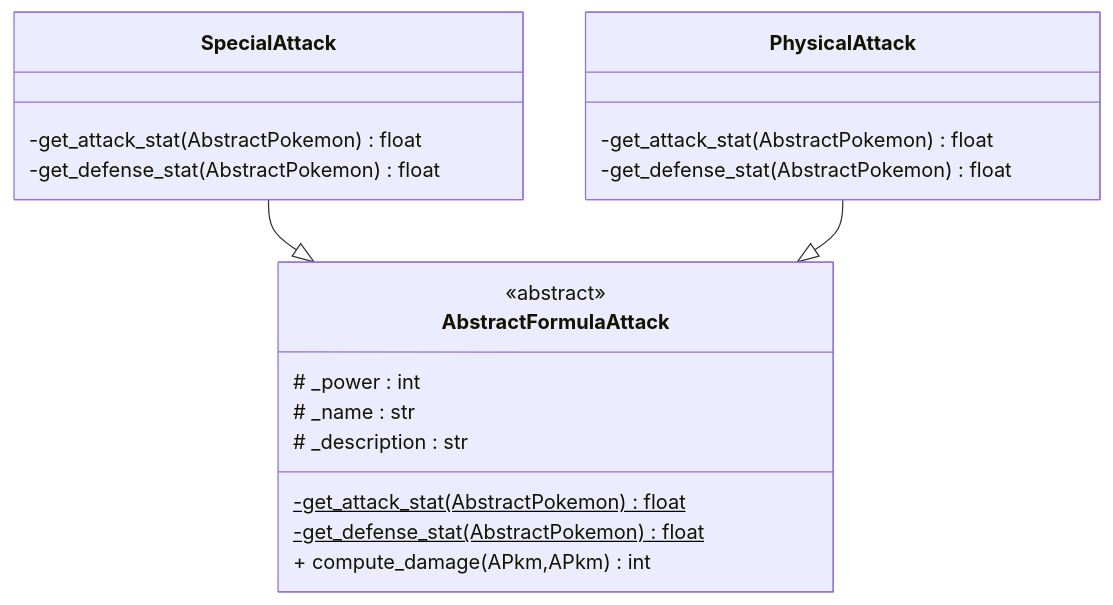
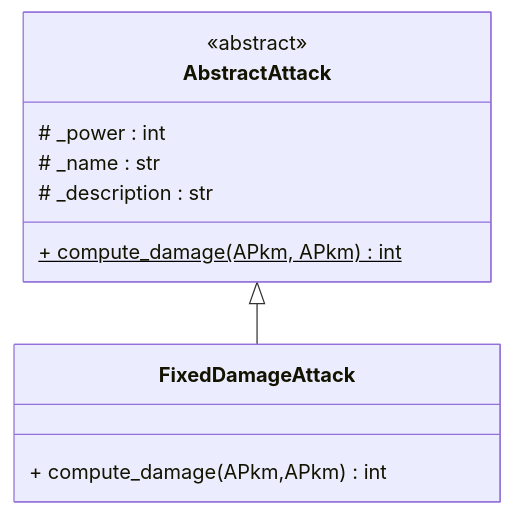
The third of 5 diagrams in doc/TP1.md (ludo2ne/ENSAI-2A-complement-info), drawn with Mermaid before and after one commit. The commit also changed other lines of this file, not shown here.

````diff
--- a/doc/TP1.md
+++ b/doc/TP1.md
@@ -270,27 +258,17 @@
 ```mermaid
 classDiagram
 
-   class AbstractFormulaAttack{
+  class AbstractAttack{
     <<abstract>>
-     # _power : int
-  # _name : str
-  # _description : str
-  -get_attack_stat(AbstractPokemon)$  float
-  -get_defense_stat(AbstractPokemon)$  float
-  + compute_damage(APkm,APkm)  int
- }
+    # _power : int
+    # _name : str
+    # _description : str
+    + compute_damage(APkm, APkm)$  int
+  }
+
+   class FixedDamageAttack{
+    + compute_damage(APkm,APkm )  int
+   }
  
-    class PhysicalAttack{
-  -get_attack_stat(AbstractPokemon)  float
-  -get_defense_stat(AbstractPokemon)  float
- }
- 
-    class SpecialAttack{
-  -get_attack_stat(AbstractPokemon)  float
-  -get_defense_stat(AbstractPokemon)  float 
- }
- 
- SpecialAttack--|>AbstractFormulaAttack
- PhysicalAttack--|>AbstractFormulaAttack
-
+   AbstractAttack <|-- FixedDamageAttack
 ```
````
